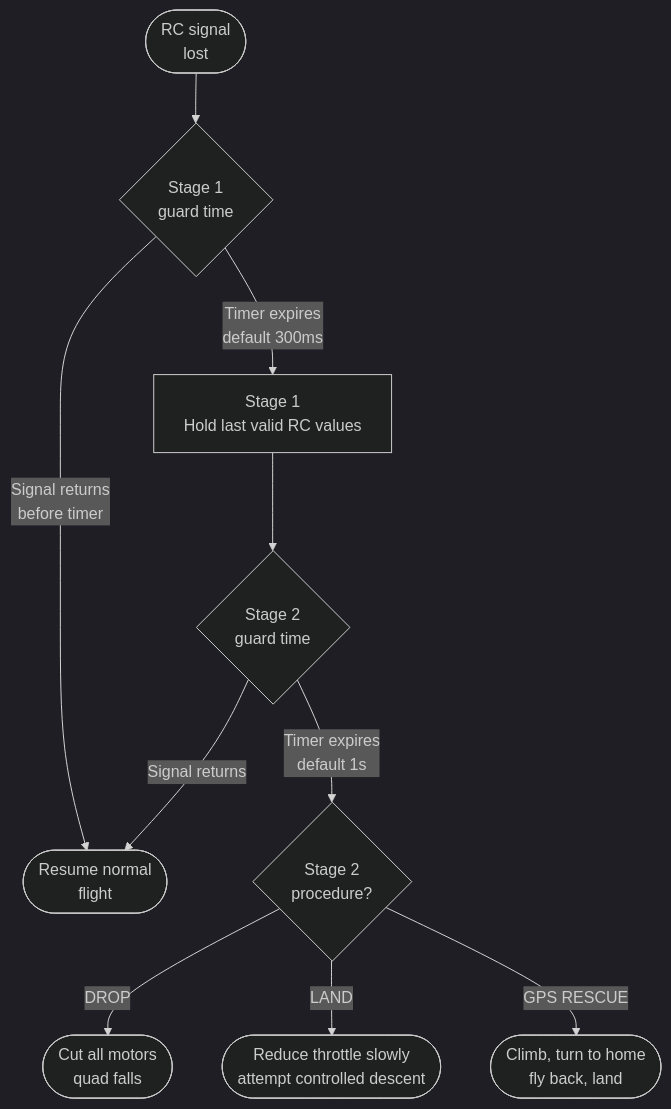
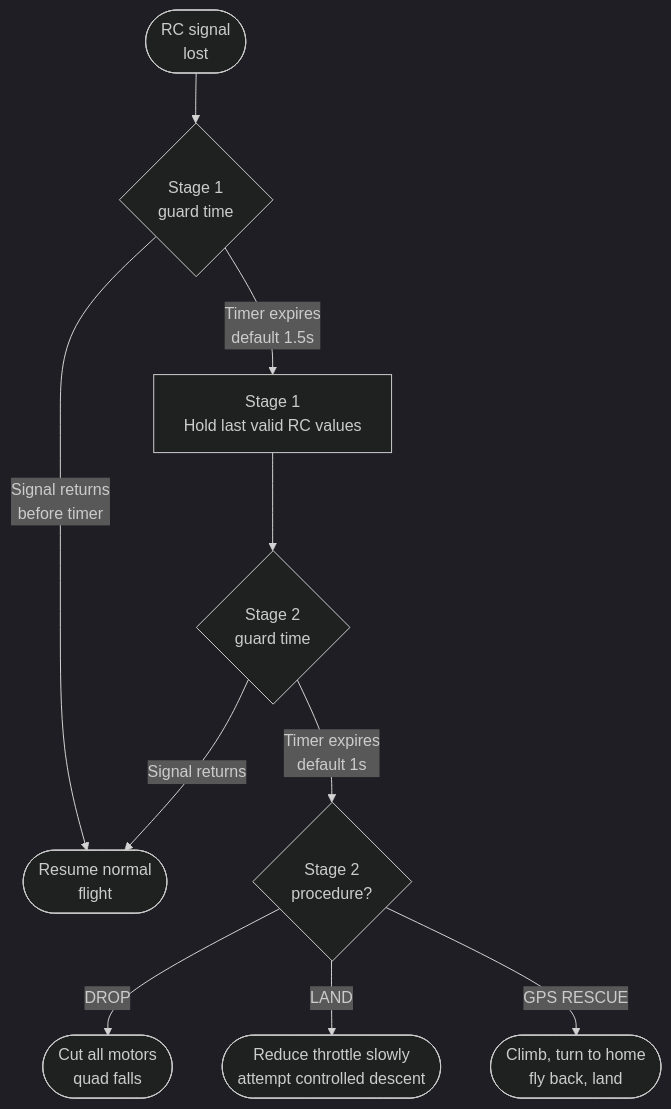
One commit to itohio/itohio.github.io changed the diagram in blog/content/snippets/fpv/setup-safety/failsafe-config.lt.md. Above: the diagram before and after it, drawn with Mermaid (dark theme). The commit also changed other lines of this file and 49 other files, not shown here.

````diff
--- a/blog/content/snippets/fpv/setup-safety/failsafe-config.lt.md
+++ b/blog/content/snippets/fpv/setup-safety/failsafe-config.lt.md
@@ -17,12 +17,12 @@
 ```mermaid
 flowchart TD
     A([RC signal<br/>lost]) --> B{Stage 1<br/>guard time}
     B -->|Signal returns<br/>before timer| C([Resume normal<br/>flight])
-    B -->|Timer expires<br/>default 300ms| D[Stage 1<br/>Hold last valid RC values]
+    B -->|Timer expires<br/>default 1.5s| D[Stage 1<br/>Hold last valid RC values]
     D --> E{Stage 2<br/>guard time}
     E -->|Signal returns| C
     E -->|Timer expires<br/>default 1s| F{Stage 2<br/>procedure?}
     F -->|DROP| G([Cut all motors<br/>quad falls])
     F -->|LAND| H([Reduce throttle slowly<br/>attempt controlled descent])
     F -->|GPS RESCUE| I([Climb, turn to home<br/>fly back, land])
 ```
````
